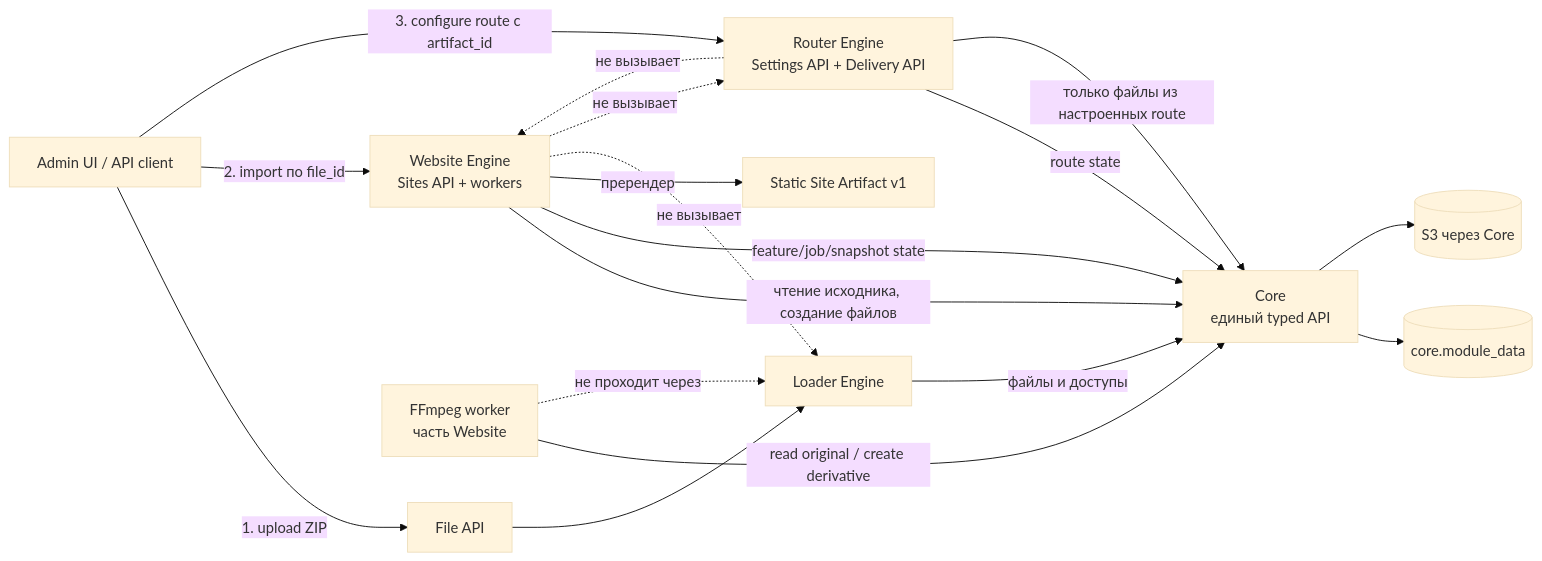
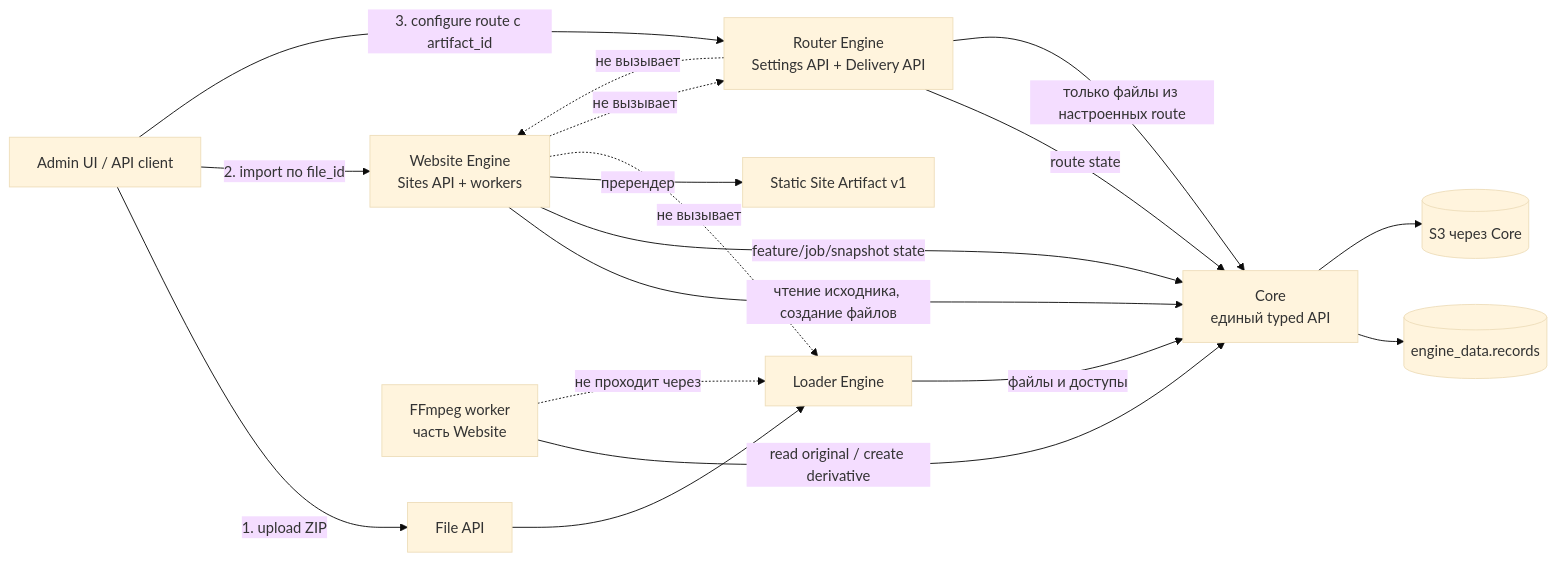
One commit to Zubrium/cdn changed the first of 3 diagrams in spec/SPEC-website-engine.md. Above: the diagram before and after it, drawn with Mermaid (base theme). The commit also changed other lines of this file and 427 other files, not shown here.

First line of the commit message:
feat: migrate modular platform to target architecture

````diff
--- a/spec/SPEC-website-engine.md
+++ b/spec/SPEC-website-engine.md
@@ -26,32 +32,32 @@
 ```mermaid
 flowchart LR
     Admin[Admin UI / API client]
     FileAPI[File API]
     Loader[Loader Engine]
     Website[Website Engine<br/>Sites API + workers]
     Router[Router Engine<br/>Settings API + Delivery API]
     Core[Core<br/>единый typed API]
-    ModuleData[(core.module_data)]
+    ModuleData[(engine_data.records)]
     S3[(S3 через Core)]
     FF[FFmpeg worker<br/>часть Website]
     Artifact[Static Site Artifact v1]
 
     Admin -->|1. upload ZIP| FileAPI
     FileAPI --> Loader
     Loader -->|файлы и доступы| Core
     Admin -->|2. import по file_id| Website
     Website -->|чтение исходника, создание файлов| Core
     Website -->|feature/job/snapshot state| Core
     Core --> ModuleData
     Core --> S3
     Website -->|пререндер| Artifact
     Admin -->|3. configure route с artifact_id| Router
     Router -->|route state| Core
     Router -->|только файлы из настроенных route| Core
     FF -->|read original / create derivative| Core
 
     Website -. не вызывает .-> Loader
     Website -. не вызывает .-> Router
     Router -. не вызывает .-> Website
     FF -. не проходит через .-> Loader
 ```
````
